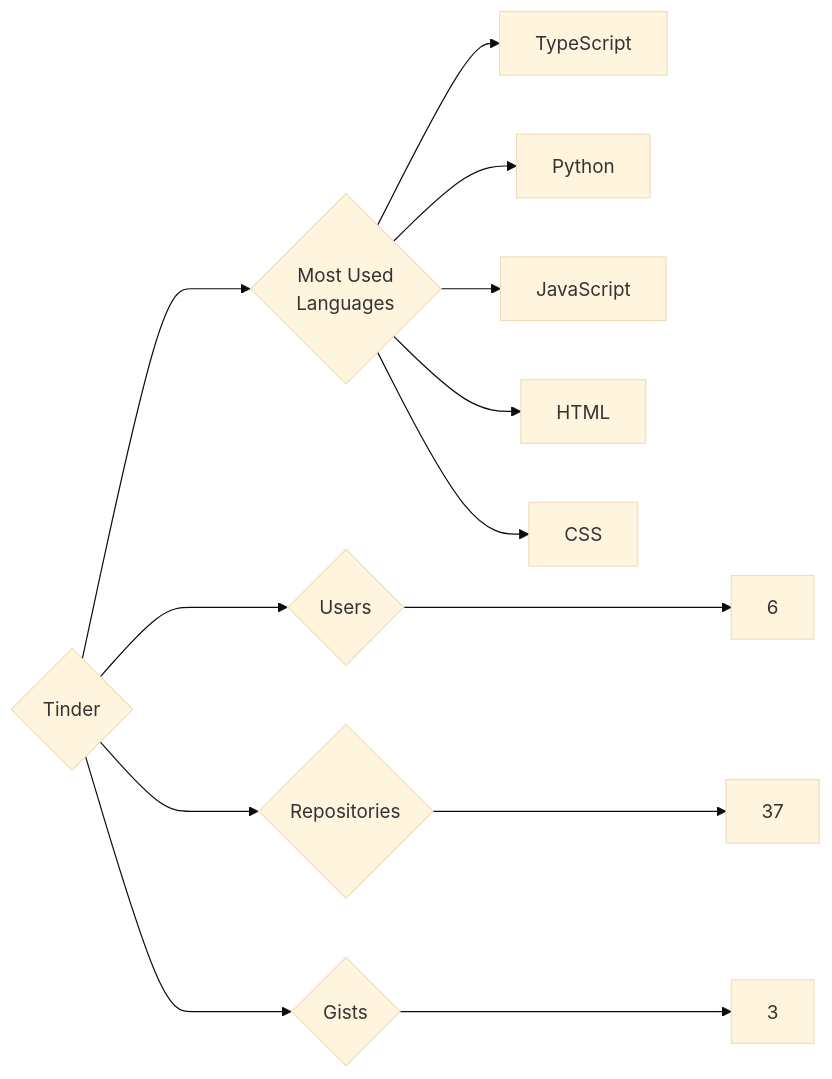
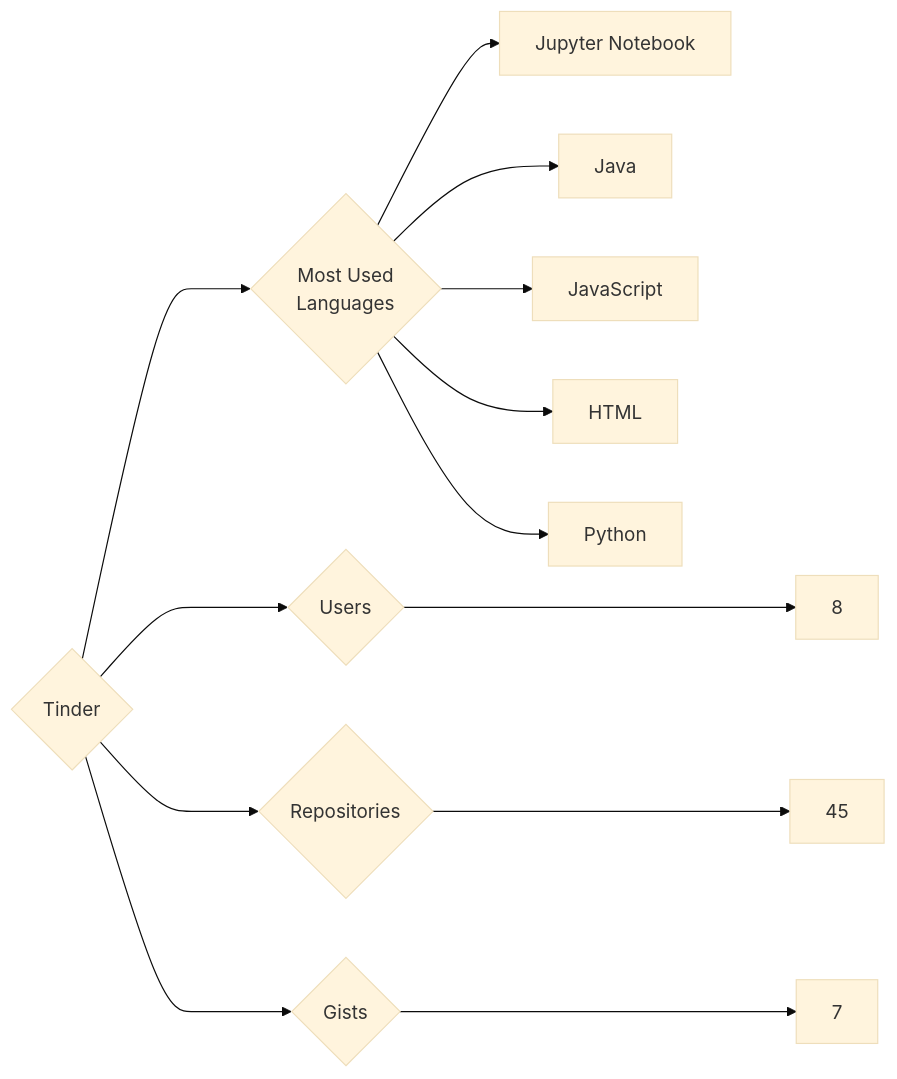
Before and after one commit to trickest/insiders: the diagram in targets/Tinder/README.md, drawn with Mermaid (base theme). The commit also changed 1696 other files, not shown here.

````diff
--- a/targets/Tinder/README.md
+++ b/targets/Tinder/README.md
@@ -3,13 +3,13 @@
 ```mermaid
 graph LR
 COMPANY_NAME{Tinder}
-COMPANY_NAME ---> U{Users} ---> UN[6]
-COMPANY_NAME ---> R{Repositories} ---> RN[37]
-COMPANY_NAME ---> G{Gists} ---> GN[3]
+COMPANY_NAME ---> U{Users} ---> UN[8]
+COMPANY_NAME ---> R{Repositories} ---> RN[45]
+COMPANY_NAME ---> G{Gists} ---> GN[7]
 COMPANY_NAME ---> ML{Most Used<br>Languages}
-ML --> TypeScript[TypeScript]
-ML --> Python[Python]
+ML --> Jupyter_Notebook[Jupyter Notebook]
+ML --> Java[Java]
 ML --> JavaScript[JavaScript]
 ML --> HTML[HTML]
-ML --> CSS[CSS]
+ML --> Python[Python]
 ```
````
